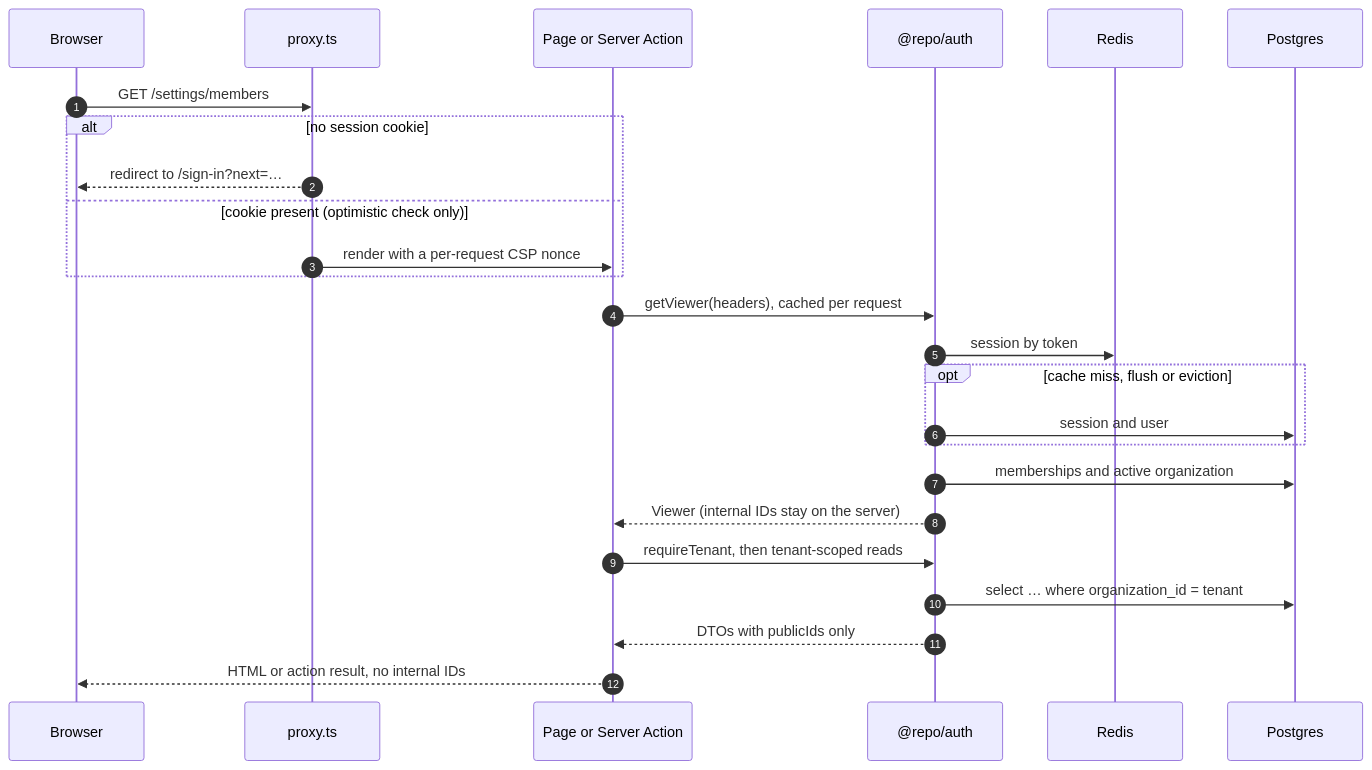
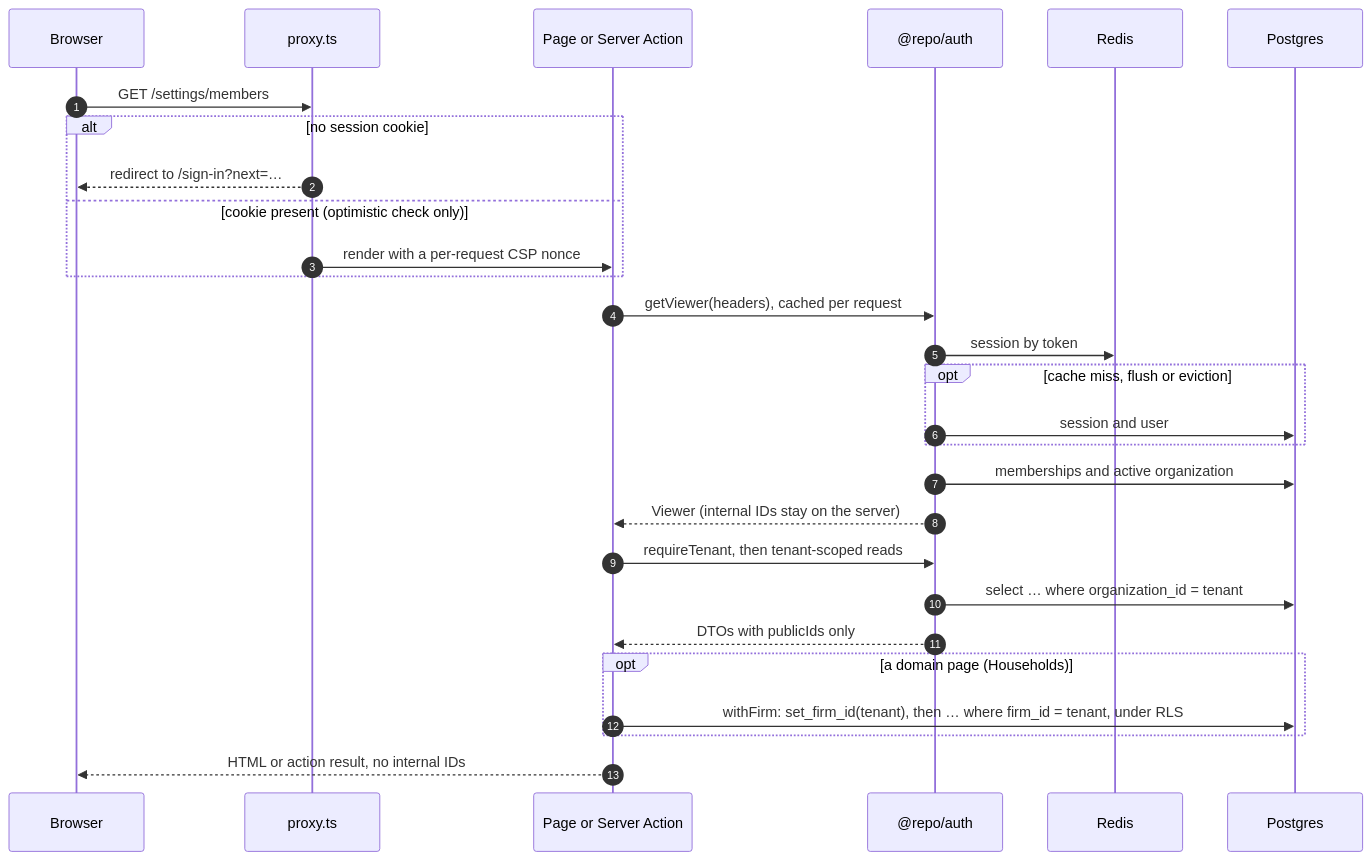
The diagram in docs/diagrams/request-lifecycle.mmd (m0t0r/cognitive-wealth), drawn with Mermaid before and after one commit. The commit also changed 14 other files, not shown here.

```diff
--- a/docs/diagrams/request-lifecycle.mmd
+++ b/docs/diagrams/request-lifecycle.mmd
@@ -1,26 +1,29 @@
 sequenceDiagram
   autonumber
   participant B as Browser
   participant P as proxy.ts
   participant S as Page or Server Action
   participant A as @repo/auth
   participant R as Redis
   participant D as Postgres
 
   B->>P: GET /settings/members
   alt no session cookie
     P-->>B: redirect to /sign-in?next=…
   else cookie present (optimistic check only)
     P->>S: render with a per-request CSP nonce
   end
   S->>A: getViewer(headers), cached per request
   A->>R: session by token
   opt cache miss, flush or eviction
     A->>D: session and user
   end
   A->>D: memberships and active organization
   A-->>S: Viewer (internal IDs stay on the server)
   S->>A: requireTenant, then tenant-scoped reads
   A->>D: select … where organization_id = tenant
   A-->>S: DTOs with publicIds only
+  opt a domain page (Households)
+    S->>D: withFirm: set_firm_id(tenant), then … where firm_id = tenant, under RLS
+  end
   S-->>B: HTML or action result, no internal IDs
```
